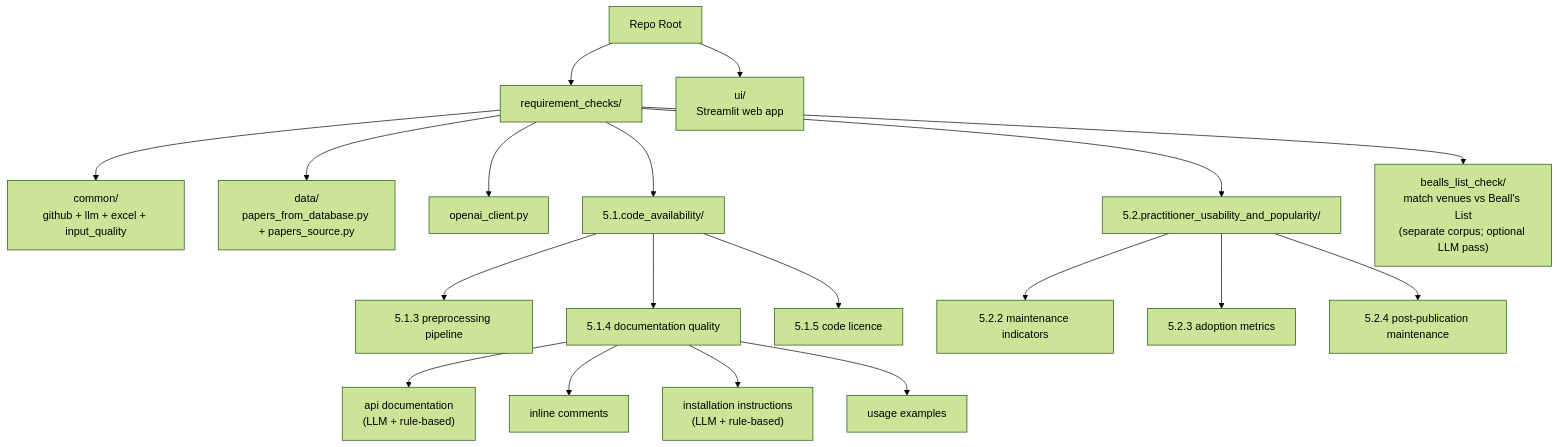
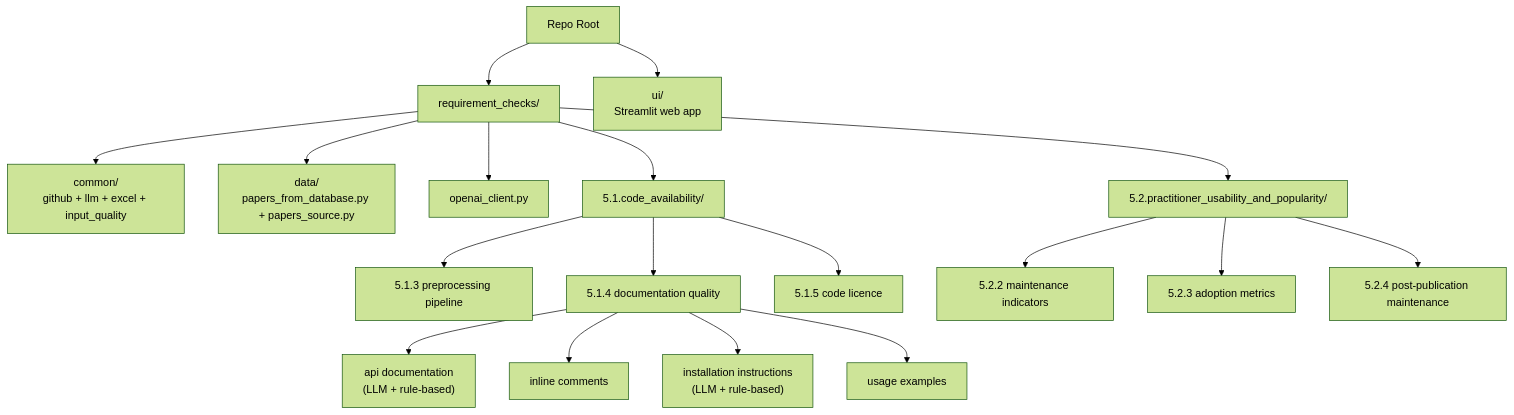
The diagram in README.md (AminDaryan/Scrape-GitHub), drawn with Mermaid (forest theme) before and after one commit. The commit also changed other lines of this file and 13 other files, not shown here.

First line of the commit message:
refactor: move the Beall's List check out to its own repository

````diff
--- a/README.md
+++ b/README.md
@@ -516,22 +318,21 @@
 ```mermaid
 flowchart TD
   root["Repo Root"]
   root --> rc["requirement_checks/"]
   root --> ui["ui/<br/>Streamlit web app"]
   rc --> common["common/<br/>github + llm + excel + input_quality"]
   rc --> data["data/<br/>papers_from_database.py + papers_source.py"]
   rc --> client["openai_client.py"]
   rc --> q51["5.1.code_availability/"]
   q51 --> q513["5.1.3 preprocessing pipeline"]
   q51 --> q514["5.1.4 documentation quality"]
   q51 --> q515["5.1.5 code licence"]
   q514 --> apidoc["api documentation<br/>(LLM + rule-based)"]
   q514 --> inline["inline comments"]
   q514 --> install["installation instructions<br/>(LLM + rule-based)"]
   q514 --> usage["usage examples"]
   rc --> q52["5.2.practitioner_usability_and_popularity/"]
   q52 --> q522["5.2.2 maintenance indicators"]
   q52 --> q523["5.2.3 adoption metrics"]
   q52 --> q524["5.2.4 post-publication maintenance"]
-  rc --> bealls["bealls_list_check/<br/>match venues vs Beall's List<br/>(separate corpus; optional LLM pass)"]
 ```
````
